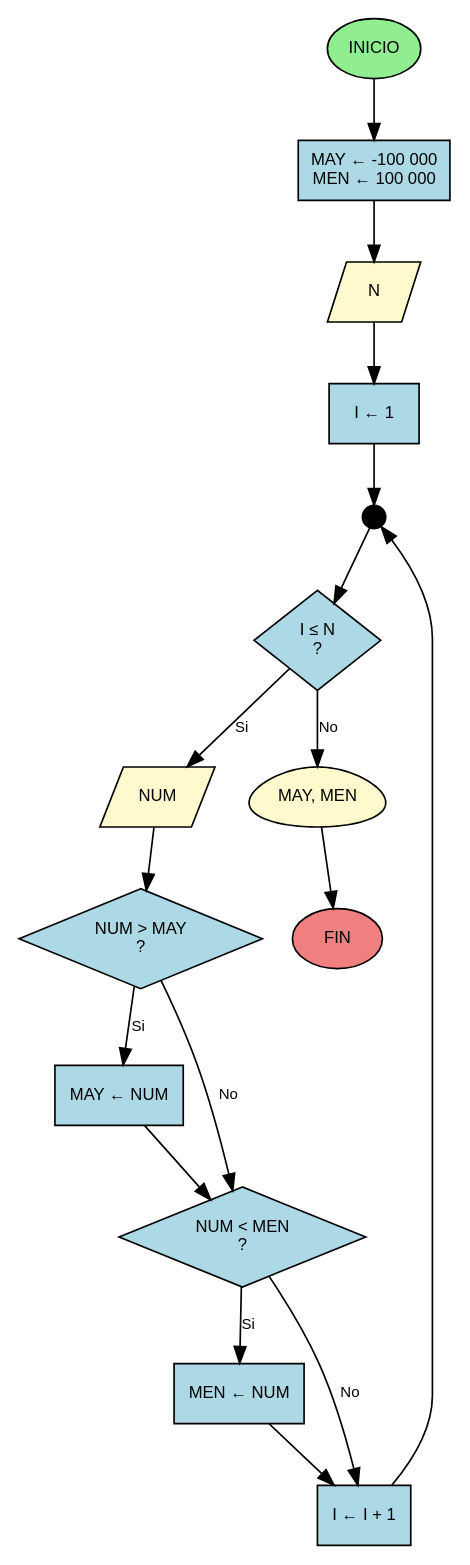
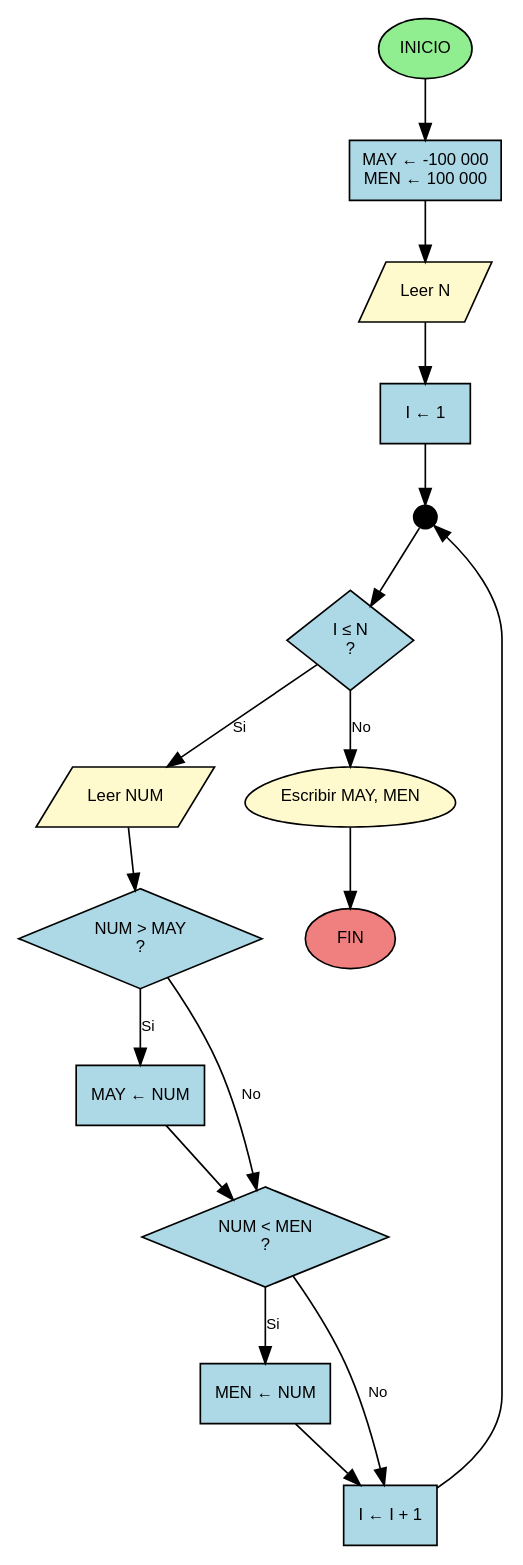
One commit to D1egoXD/JAVA-TICS changed the diagram in diagramas/problema_3_6.dot. Above: the diagram before and after it, drawn with Graphviz. The commit also changed 2 other files, not shown here.

Commit message:
Corregir problema 3.6 - Usar Leer/Escribir y estructura HTML estándar

```diff
--- a/diagramas/problema_3_6.dot
+++ b/diagramas/problema_3_6.dot
@@ -1,72 +1,72 @@
 digraph MayorMenor {
     // Configuración general
     rankdir=TB;
     node [shape=box, style=filled, fontname="Arial", fontsize=10];
     edge [fontname="Arial", fontsize=9];
 
     // Nodo inicial
     start [label="INICIO", shape=oval, fillcolor="#90EE90", color=black, fontcolor=black];
 
     // Inicialización de variables
     init [label="MAY ← -100 000\nMEN ← 100 000", shape=box, fillcolor="#ADD8E6", color=black, fontcolor=black];
 
     // Lectura de N
-    readN [label="N", shape=parallelogram, fillcolor="#FFFACD", color=black, fontcolor=black];
+    readN [label="Leer N", shape=parallelogram, fillcolor="#FFFACD", color=black, fontcolor=black];
 
     // Inicialización del contador
     initI [label="I ← 1", shape=box, fillcolor="#ADD8E6", color=black, fontcolor=black];
 
     // Convergencia antes del ciclo
     converge1 [label="", shape=circle, width=0.2, height=0.2, fillcolor=black, color=black];
 
     // Decisión del ciclo
     decisionCiclo [label="I ≤ N\n?", shape=diamond, fillcolor="#ADD8E6", color=black, fontcolor=black];
 
     // Lectura de NUM
-    readNum [label="NUM", shape=parallelogram, fillcolor="#FFFACD", color=black, fontcolor=black];
+    readNum [label="Leer NUM", shape=parallelogram, fillcolor="#FFFACD", color=black, fontcolor=black];
 
     // Primera comparación: NUM > MAY
     decisionMayor [label="NUM > MAY\n?", shape=diamond, fillcolor="#ADD8E6", color=black, fontcolor=black];
     updateMay [label="MAY ← NUM", shape=box, fillcolor="#ADD8E6", color=black, fontcolor=black];
 
     // Segunda comparación: NUM < MEN
     decisionMenor [label="NUM < MEN\n?", shape=diamond, fillcolor="#ADD8E6", color=black, fontcolor=black];
     updateMen [label="MEN ← NUM", shape=box, fillcolor="#ADD8E6", color=black, fontcolor=black];
 
     // Incremento del contador
     increment [label="I ← I + 1", shape=box, fillcolor="#ADD8E6", color=black, fontcolor=black];
 
     // Escritura de resultados
-    writeOutput [label="MAY, MEN", shape=egg, fillcolor="#FFFACD", color=black, fontcolor=black];
+    writeOutput [label="Escribir MAY, MEN", shape=egg, fillcolor="#FFFACD", color=black, fontcolor=black];
 
     // Nodo final
     end [label="FIN", shape=oval, fillcolor="#F08080", color=black, fontcolor=black];
 
     // Conexiones principales
     start -> init;
     init -> readN;
     readN -> initI;
     initI -> converge1;
     converge1 -> decisionCiclo;
 
     // Ciclo principal
     decisionCiclo -> readNum [label="Si"];
     decisionCiclo -> writeOutput [label="No"];
 
     // Flujo dentro del ciclo
     readNum -> decisionMayor;
 
     decisionMayor -> updateMay [label="Si"];
     decisionMayor -> decisionMenor [label="No"];
     updateMay -> decisionMenor;
 
     decisionMenor -> updateMen [label="Si"];
     decisionMenor -> increment [label="No"];
     updateMen -> increment;
 
     // Regreso al inicio del ciclo
     increment -> converge1;
 
     // Final
     writeOutput -> end;
 }
```
